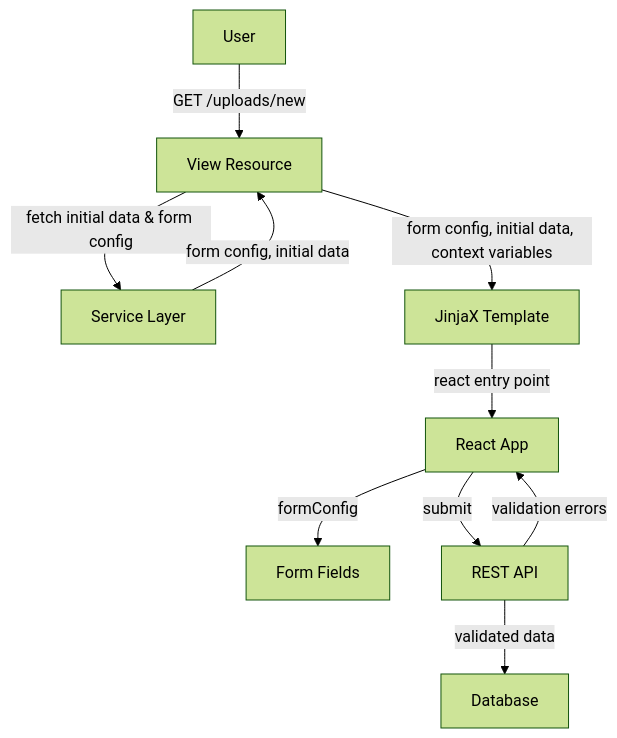
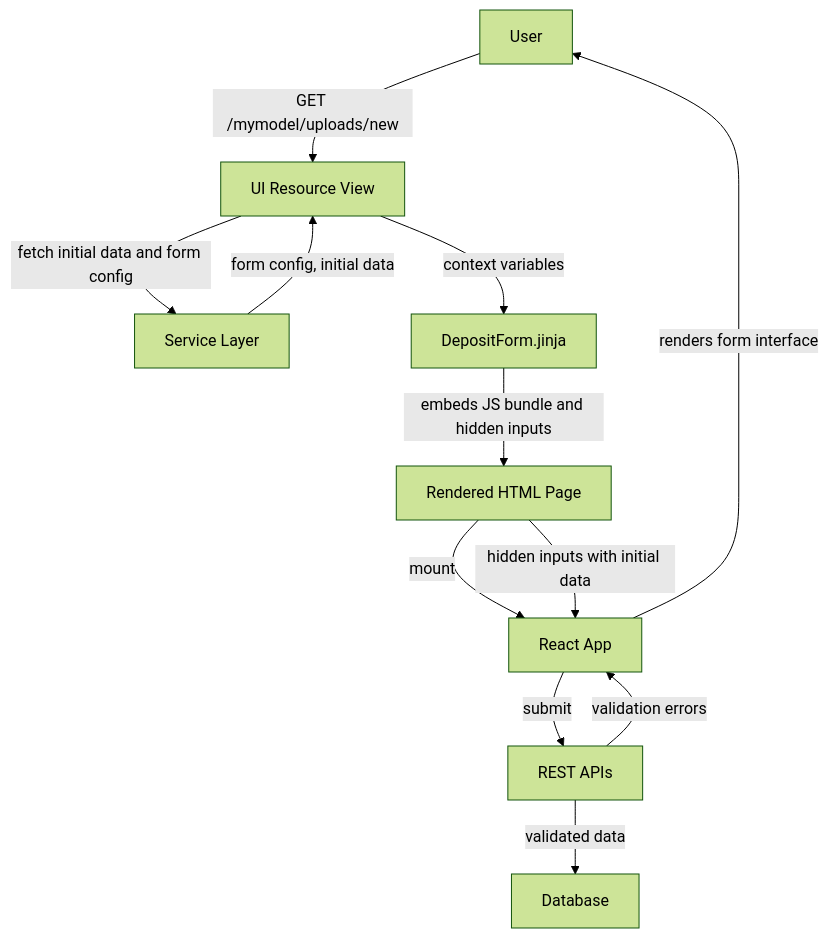
The diagram in content/customize/model_ui/deposit.mdx (NRP-CZ/docs), drawn with Mermaid (forest theme) before and after one commit. The commit also changed other lines of this file and 1 other file, not shown here.

Commit message:
model-ui: fix deposit form documentation and diagram
- Add missing Card and Cards imports to deposit_components.mdx
- Update deposit.mdx URL pattern to use model-specific paths
  - Fix mermaid diagram URL from /uploads/new to /mymodel/uploads/new
- Update deposit form architecture description with JinjaX component
- Update mermaid diagram to reflect JinjaX rendering flow
- Fix mermaid syntax by replacing ampersands with 'and'

````diff
--- a/content/customize/model_ui/deposit.mdx
+++ b/content/customize/model_ui/deposit.mdx
@@ -17,12 +18,14 @@
 ```mermaid
 graph TD
-    U[User] -->|GET /uploads/new| VR[View Resource]
-    VR -->|fetch initial data & form config| SVC[Service Layer]
+    U[User] -->|GET /mymodel/uploads/new| VR[UI Resource View]
+    VR -->|fetch initial data and form config| SVC[Service Layer]
     SVC -->|form config, initial data| VR
-    VR -->|form config, initial data, context variables| JX[JinjaX Template]
-    JX -->|react entry point| RA[React App]
-    RA -->|formConfig| FF[Form Fields]
-    RA -->|submit| API[REST API]
+    VR -->|context variables| DF[DepositForm.jinja]
+    DF -->|embeds JS bundle and hidden inputs| PG[Rendered HTML Page]
+    PG -->|mount| RA[React App]
+    PG -->|hidden inputs with initial data| RA
+    RA -->|renders form interface| U
+    RA -->|submit| API[REST APIs]
     API -->|validation errors| RA
     API -->|validated data| DB[Database]
 ```
````
